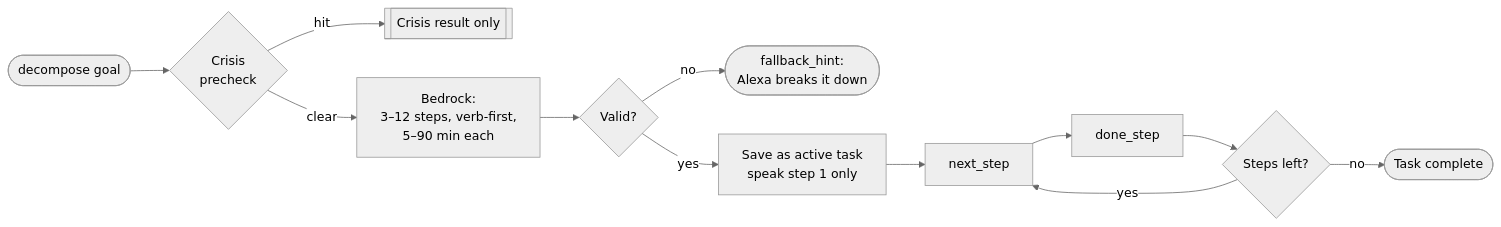
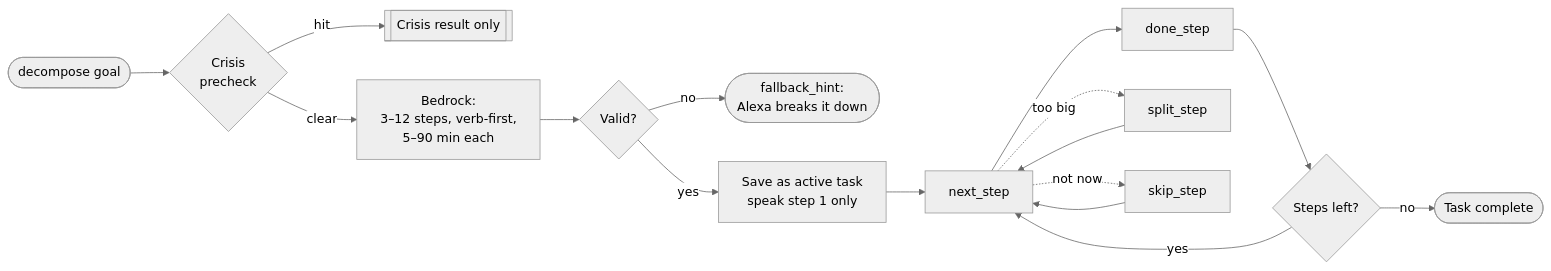
One commit to navinrc/NeuroCare changed the fourth of 9 diagrams in docs/spec.md. Above: the diagram before and after it, drawn with Mermaid (neutral theme). The commit also changed other lines of this file, not shown here.

````diff
--- a/docs/spec.md
+++ b/docs/spec.md
@@ -288,14 +329,18 @@
 ```mermaid
 flowchart LR
     G([decompose goal]) --> CR{Crisis<br/>precheck}
     CR -- hit --> CRISIS[[Crisis result only]]
     CR -- clear --> LLM[Bedrock:<br/>3–12 steps, verb-first,<br/>5–90 min each]
     LLM --> V{Valid?}
     V -- no --> FB([fallback_hint:<br/>Alexa breaks it down])
     V -- yes --> ACT[Save as active task<br/>speak step 1 only]
     ACT --> N[next_step]
     N --> D[done_step]
+    N -. too big .-> SP[split_step]
+    N -. not now .-> SK[skip_step]
+    SP --> N
+    SK --> N
     D --> M{Steps left?}
     M -- yes --> N
     M -- no --> DONE([Task complete])
 ```
````
